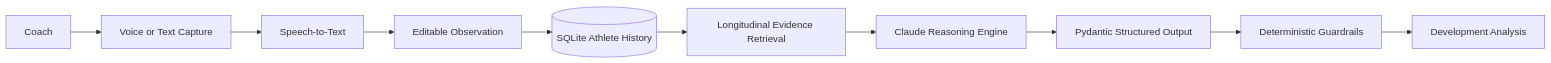
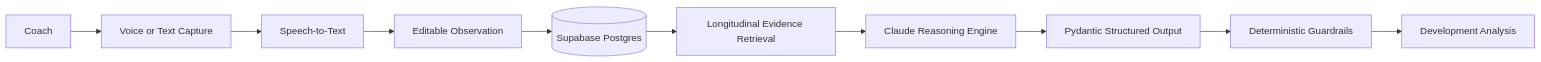
The first of 2 diagrams in README.md (trav-smith/youth-development-coach), drawn with Mermaid before and after one commit. The commit also changed other lines of this file, not shown here.

````diff
--- a/README.md
+++ b/README.md
@@ -79,13 +89,13 @@
 ```mermaid
 flowchart LR
     A[Coach] --> B[Voice or Text Capture]
     B --> C[Speech-to-Text]
     C --> D[Editable Observation]
-    D --> E[(SQLite Athlete History)]
+    D --> E[(Supabase Postgres)]
 
     E --> F[Longitudinal Evidence Retrieval]
     F --> G[Claude Reasoning Engine]
     G --> H[Pydantic Structured Output]
     H --> I[Deterministic Guardrails]
     I --> J[Development Analysis]
 ```
````
